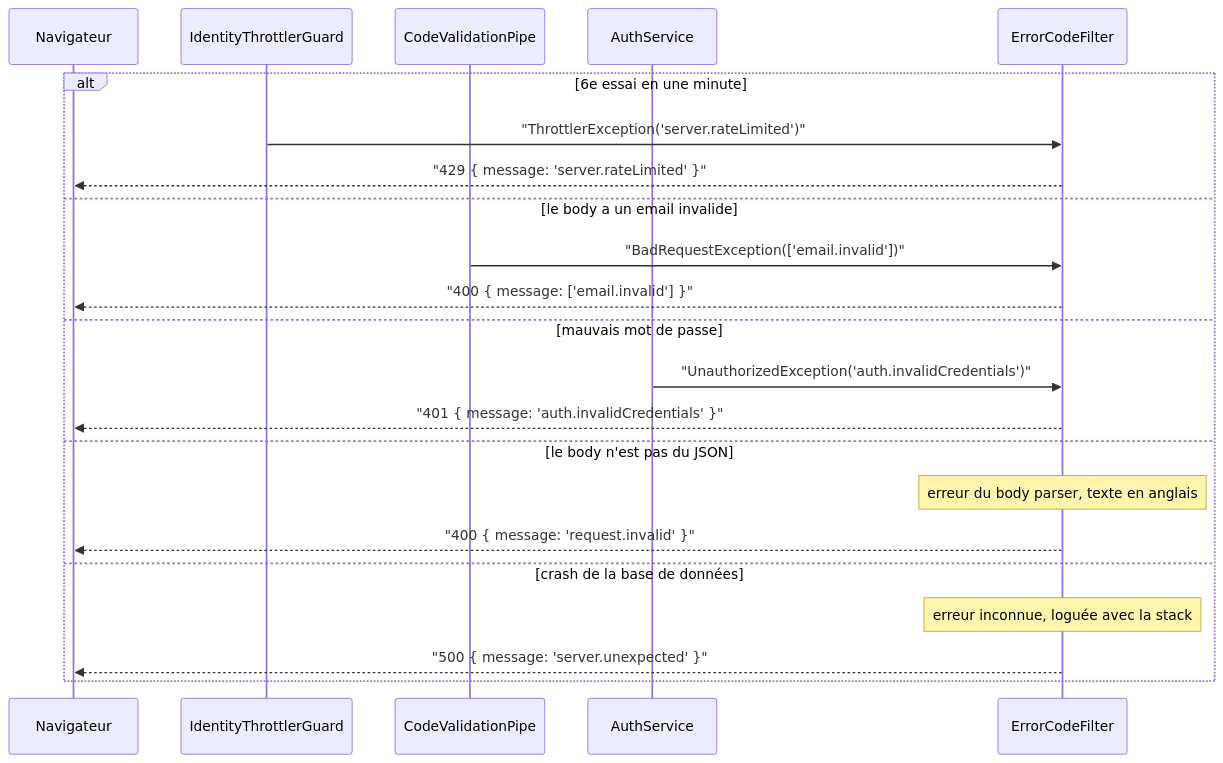
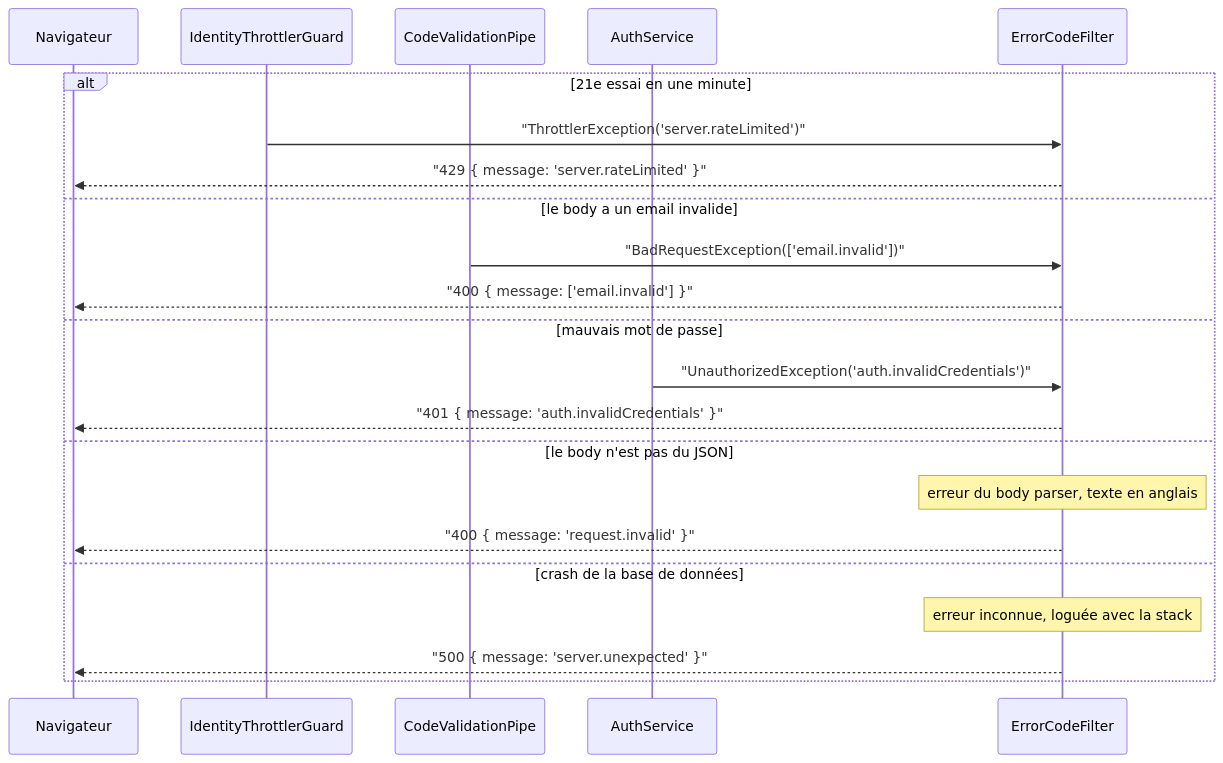
The seventh of 7 diagrams in docs-fr/api/02-boot-and-request-flow.md (VictorBro/ft_transcendence), drawn with Mermaid before and after one commit. The commit also changed other lines of this file and 223 other files, not shown here.

````diff
--- a/docs-fr/api/02-boot-and-request-flow.md
+++ b/docs-fr/api/02-boot-and-request-flow.md
@@ -657,25 +658,25 @@
 ```mermaid
 sequenceDiagram
     participant B as Navigateur
     participant TG as IdentityThrottlerGuard
     participant P as CodeValidationPipe
     participant S as AuthService
     participant F as ErrorCodeFilter
 
-    alt 6e essai en une minute
+    alt 21e essai en une minute
         TG->>F: "ThrottlerException('server.rateLimited')"
         F-->>B: "429 { message: 'server.rateLimited' }"
     else le body a un email invalide
         P->>F: "BadRequestException(['email.invalid'])"
         F-->>B: "400 { message: ['email.invalid'] }"
     else mauvais mot de passe
         S->>F: "UnauthorizedException('auth.invalidCredentials')"
         F-->>B: "401 { message: 'auth.invalidCredentials' }"
     else le body n'est pas du JSON
         Note over F: erreur du body parser, texte en anglais
         F-->>B: "400 { message: 'request.invalid' }"
     else crash de la base de données
         Note over F: erreur inconnue, loguée avec la stack
         F-->>B: "500 { message: 'server.unexpected' }"
     end
 ```
````
